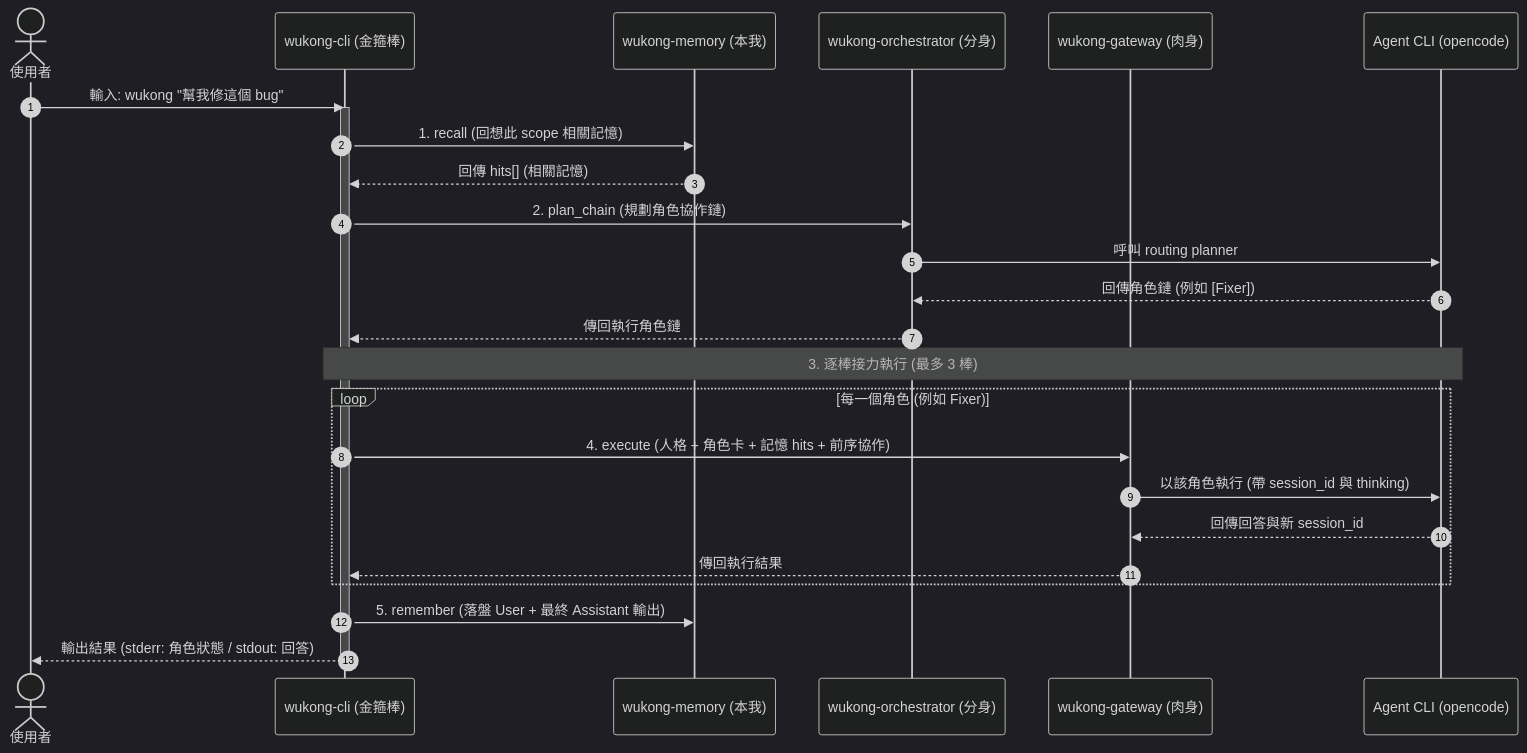
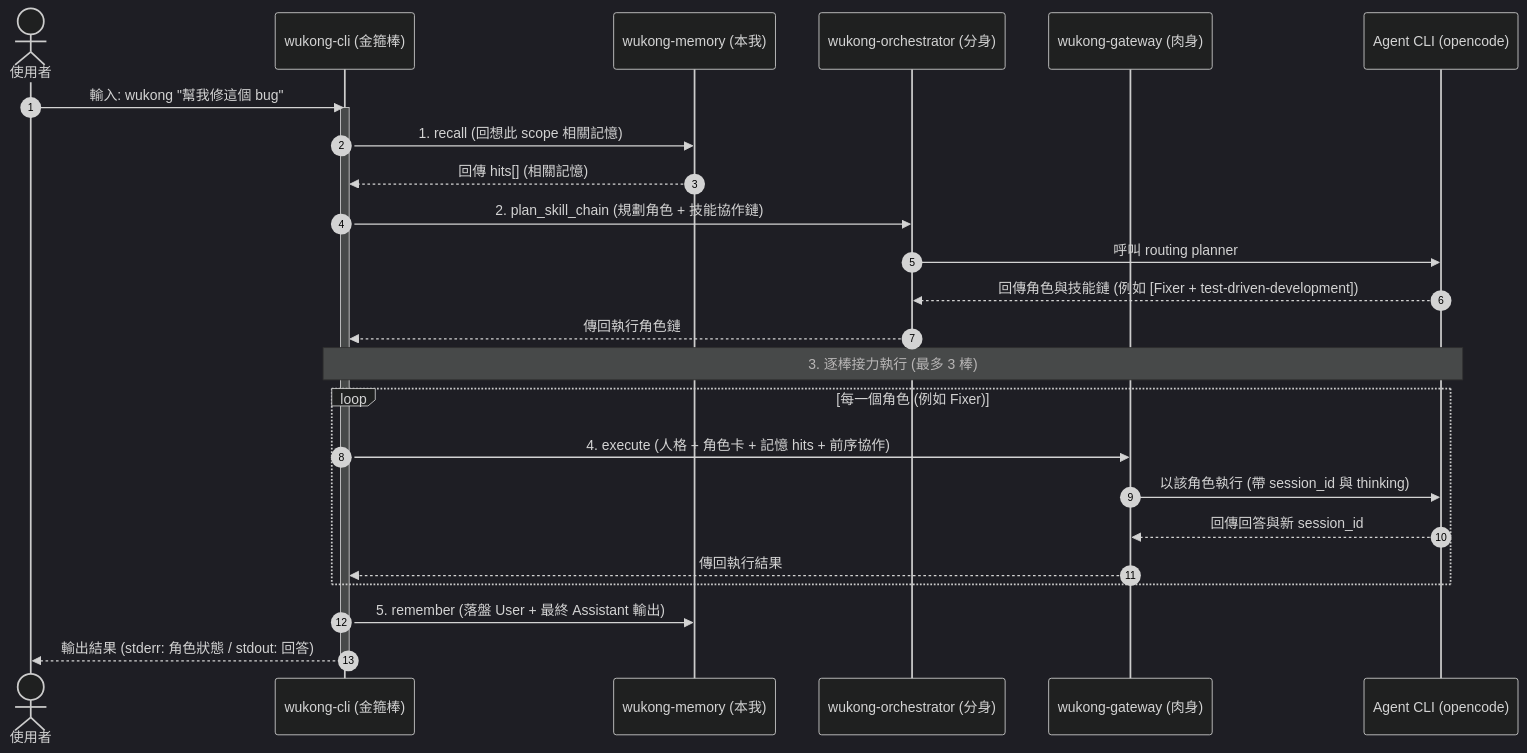
One commit to raybird/Wukong changed the diagram in README.md. Above: the diagram before and after it, drawn with Mermaid (dark theme). The commit also changed other lines of this file and 42 other files, not shown here.

````diff
--- a/README.md
+++ b/README.md
@@ -51,34 +51,34 @@
 ```mermaid
 sequenceDiagram
     autonumber
     actor User as 使用者
     participant CLI as wukong-cli (金箍棒)
     participant Mem as wukong-memory (本我)
     participant Orch as wukong-orchestrator (分身)
     participant GW as wukong-gateway (肉身)
     participant Agent as Agent CLI (opencode)
 
     User->>CLI: 輸入: wukong "幫我修這個 bug"
     activate CLI
     
     CLI->>Mem: 1. recall (回想此 scope 相關記憶)
     Mem-->>CLI: 回傳 hits[] (相關記憶)
     
-    CLI->>Orch: 2. plan_chain (規劃角色協作鏈)
+    CLI->>Orch: 2. plan_skill_chain (規劃角色 + 技能協作鏈)
     Orch->>Agent: 呼叫 routing planner
-    Agent-->>Orch: 回傳角色鏈 (例如 [Fixer])
+    Agent-->>Orch: 回傳角色與技能鏈 (例如 [Fixer + test-driven-development])
     Orch-->>CLI: 傳回執行角色鏈
     
     Note over CLI, Agent: 3. 逐棒接力執行 (最多 3 棒)
     loop 每一個角色 (例如 Fixer)
         CLI->>GW: 4. execute (人格 + 角色卡 + 記憶 hits + 前序協作)
         GW->>Agent: 以該角色執行 (帶 session_id 與 thinking)
         Agent-->>GW: 回傳回答與新 session_id
         GW-->>CLI: 傳回執行結果
     end
     
     CLI->>Mem: 5. remember (落盤 User + 最終 Assistant 輸出)
     
     CLI-->>User: 輸出結果 (stderr: 角色狀態 / stdout: 回答)
     deactivate CLI
 ```
````
